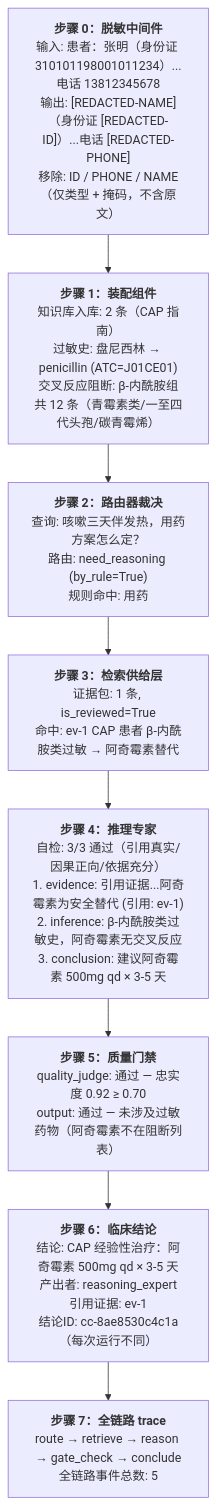
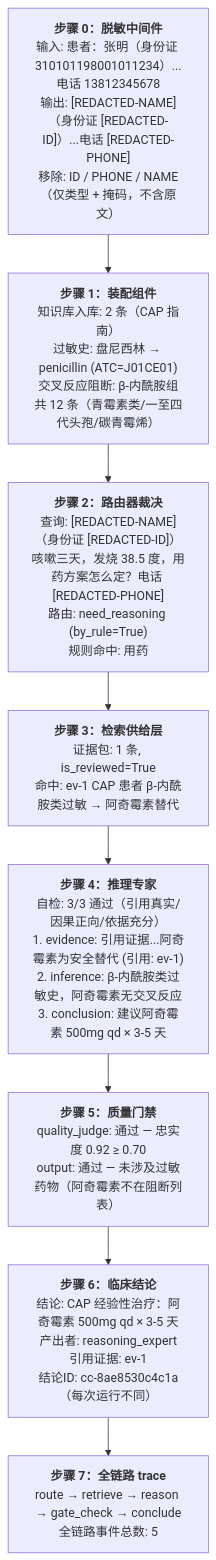
The second of 4 diagrams in README.md (bobsmith513/harness-medical-agent), drawn with Mermaid before and after one commit. The commit also changed other lines of this file and 7 other files, not shown here.

````diff
--- a/README.md
+++ b/README.md
@@ -249,13 +249,13 @@
 ```mermaid
 flowchart TD
     A["<b>步骤 0：脱敏中间件</b><br/>输入: 患者：张明（身份证 310101198001011234）...电话 13812345678<br/>输出: [REDACTED-NAME]（身份证 [REDACTED-ID]）...电话 [REDACTED-PHONE]<br/>移除: ID / PHONE / NAME（仅类型 + 掩码，不含原文）"]
     B["<b>步骤 1：装配组件</b><br/>知识库入库: 2 条（CAP 指南）<br/>过敏史: 盘尼西林 → penicillin (ATC=J01CE01)<br/>交叉反应阻断: β-内酰胺组共 12 条（青霉素类/一至四代头孢/碳青霉烯）"]
-    C["<b>步骤 2：路由器裁决</b><br/>查询: 咳嗽三天伴发热，用药方案怎么定？<br/>路由: need_reasoning (by_rule=True)<br/>规则命中: 用药"]
+    C["<b>步骤 2：路由器裁决</b><br/>查询: [REDACTED-NAME]（身份证 [REDACTED-ID]）咳嗽三天，发烧 38.5 度，用药方案怎么定？电话 [REDACTED-PHONE]<br/>路由: need_reasoning (by_rule=True)<br/>规则命中: 用药"]
     D["<b>步骤 3：检索供给层</b><br/>证据包: 1 条, is_reviewed=True<br/>命中: ev-1 CAP 患者 β-内酰胺类过敏 → 阿奇霉素替代"]
     E["<b>步骤 4：推理专家</b><br/>自检: 3/3 通过（引用真实/因果正向/依据充分）<br/>1. evidence: 引用证据...阿奇霉素为安全替代 (引用: ev-1)<br/>2. inference: β-内酰胺类过敏史，阿奇霉素无交叉反应<br/>3. conclusion: 建议阿奇霉素 500mg qd × 3-5 天"]
     F["<b>步骤 5：质量门禁</b><br/>quality_judge: 通过 — 忠实度 0.92 ≥ 0.70<br/>output: 通过 — 未涉及过敏药物（阿奇霉素不在阻断列表）"]
     G["<b>步骤 6：临床结论</b><br/>结论: CAP 经验性治疗：阿奇霉素 500mg qd × 3-5 天<br/>产出者: reasoning_expert<br/>引用证据: ev-1<br/>结论ID: cc-8ae8530c4c1a（每次运行不同）"]
     H["<b>步骤 7：全链路 trace</b><br/>route → retrieve → reason → gate_check → conclude<br/>全链路事件总数: 5"]
 
     A --> B --> C --> D --> E --> F --> G --> H
 ```
````
